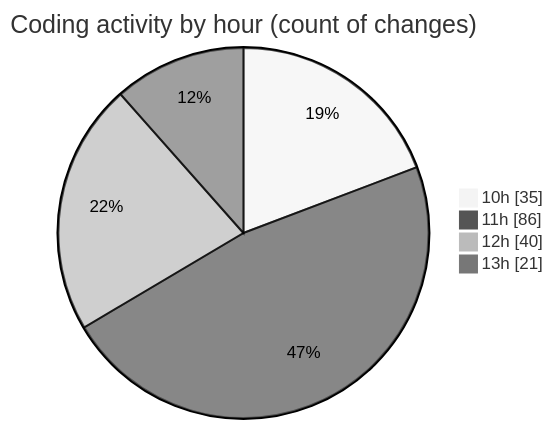
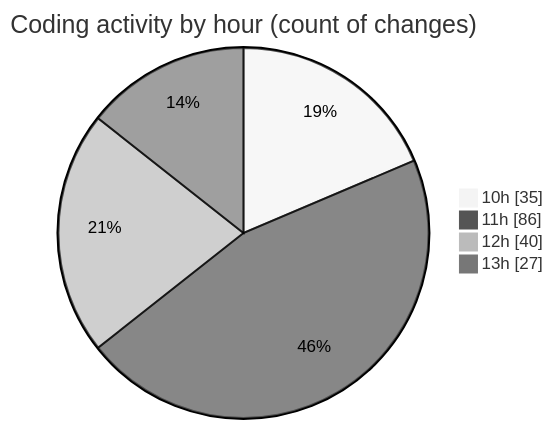
One commit to momahboobian/code-tracking changed the second of 2 diagrams in 2025-03-28/cda/README.md. Above: the diagram before and after it, drawn with Mermaid (neutral theme). The commit also changed other lines of this file and 1 other file, not shown here.

````diff
--- a/2025-03-28/cda/README.md
+++ b/2025-03-28/cda/README.md
@@ -35,8 +35,8 @@
 ```mermaid
 pie showData
 title Coding activity by hour (count of changes)
 "10h" : 35
 "11h" : 86
 "12h" : 40
-"13h" : 21
+"13h" : 27
 ```
````
